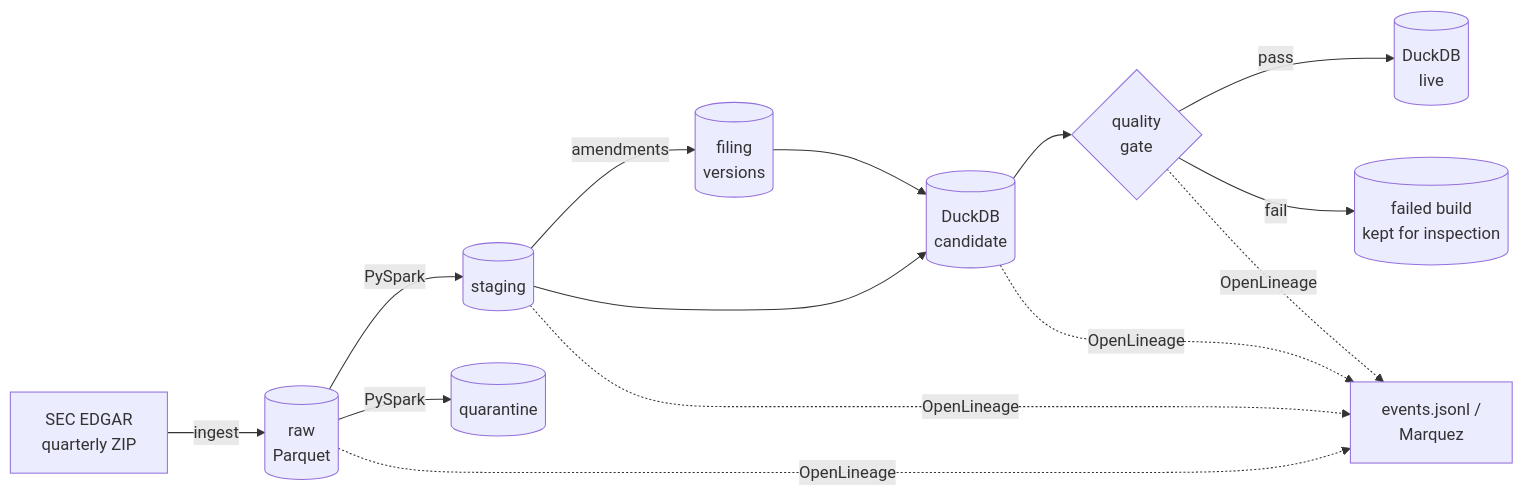
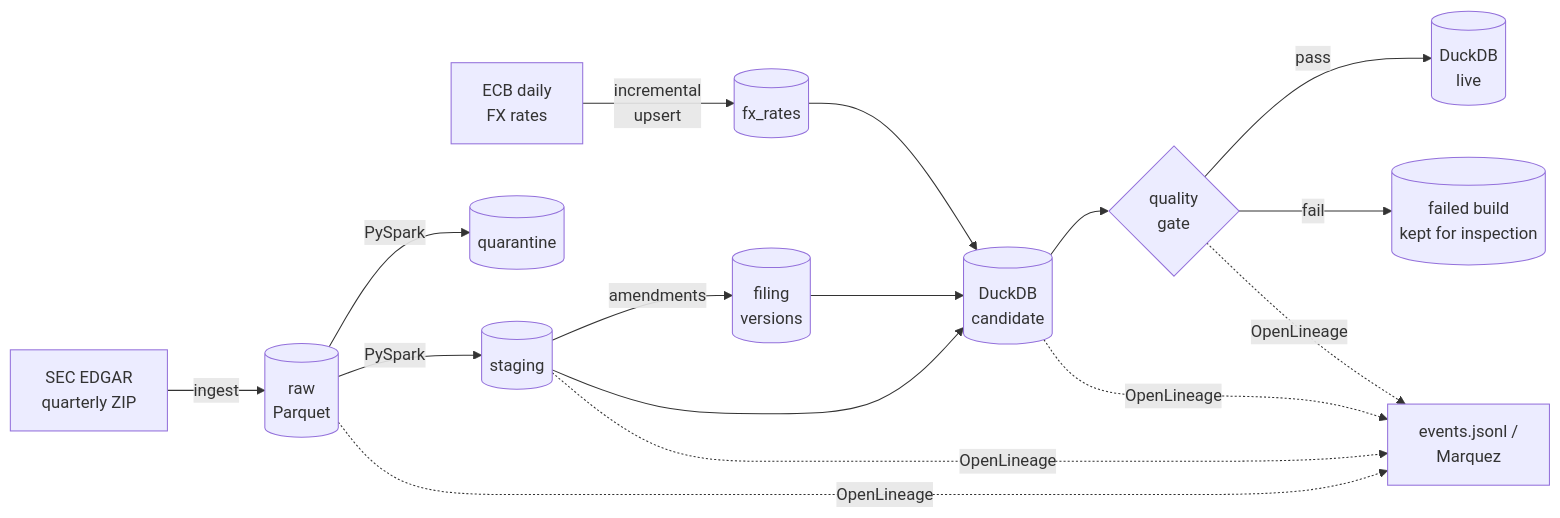
Before and after one commit to EST320/governed-data-platform: the diagram in README.md, drawn with Mermaid. The commit also changed other lines of this file and 6 other files, not shown here.

````diff
--- a/README.md
+++ b/README.md
@@ -43,13 +48,15 @@
 ```mermaid
 flowchart LR
     A[SEC EDGAR<br/>quarterly ZIP] -->|ingest| B[(raw<br/>Parquet)]
     B -->|PySpark| C[(staging)]
     B -->|PySpark| Q[(quarantine)]
     C -->|amendments| V[(filing<br/>versions)]
     C --> W[(DuckDB<br/>candidate)]
     V --> W
     W --> G{quality<br/>gate}
     G -->|pass| P[(DuckDB<br/>live)]
     G -->|fail| F[(failed build<br/>kept for inspection)]
+    X[ECB daily<br/>FX rates] -->|incremental<br/>upsert| R[(fx_rates)]
+    R --> W
     B & C & W & G -.OpenLineage.-> L[events.jsonl /<br/>Marquez]
 ```
````
